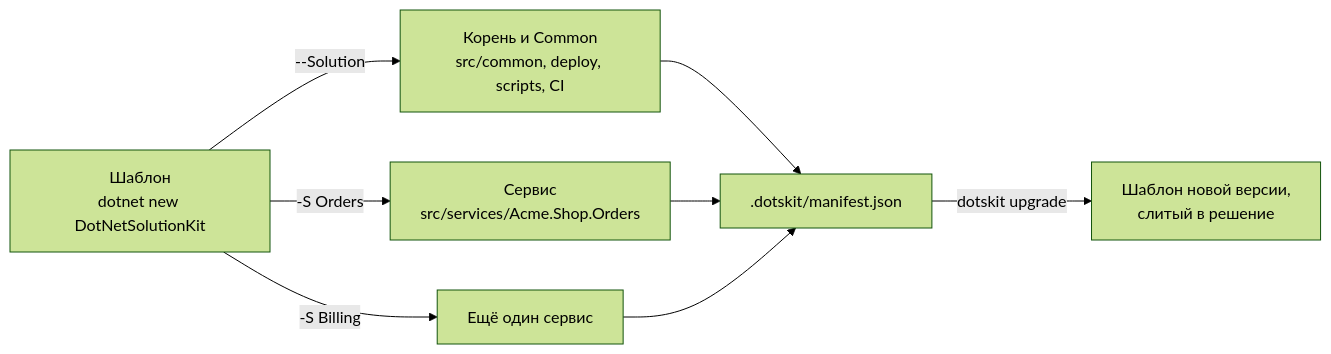
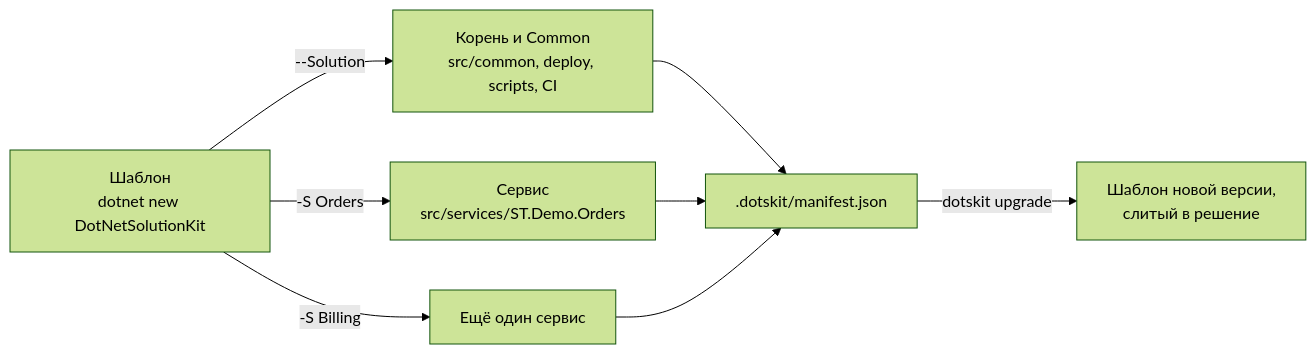
Before and after one commit to sawking-tech/DotNetSolutionKit: the second of 2 diagrams in docs/getting-started/layout.ru.md, drawn with Mermaid (forest theme). The commit also changed other lines of this file and 48 other files, not shown here.

````diff
--- a/docs/getting-started/layout.ru.md
+++ b/docs/getting-started/layout.ru.md
@@ -74,10 +74,10 @@
 ```mermaid
 flowchart LR
     T["Шаблон<br/>dotnet new DotNetSolutionKit"] -->|"--Solution"| Root["Корень и Common<br/>src/common, deploy, scripts, CI"]
-    T -->|"-S Orders"| S1["Сервис<br/>src/services/Acme.Shop.Orders"]
+    T -->|"-S Orders"| S1["Сервис<br/>src/services/ST.Demo.Orders"]
     T -->|"-S Billing"| S2["Ещё один сервис"]
     Root --> M[".dotskit/manifest.json"]
     S1 --> M
     S2 --> M
     M -->|"dotskit upgrade"| U["Шаблон новой версии,<br/>слитый в решение"]
 ```
````
